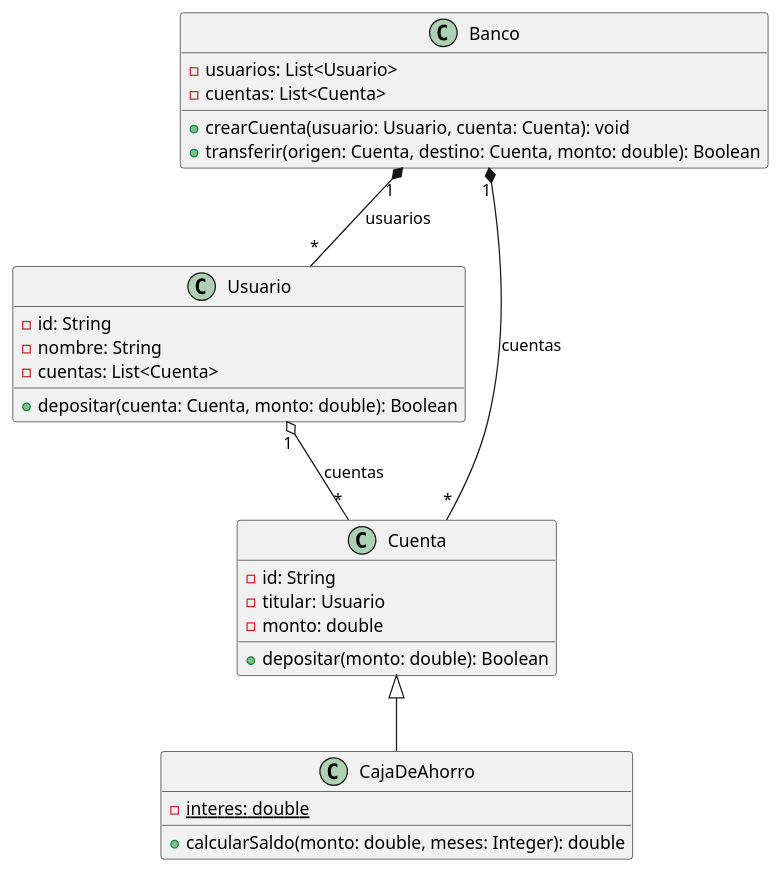
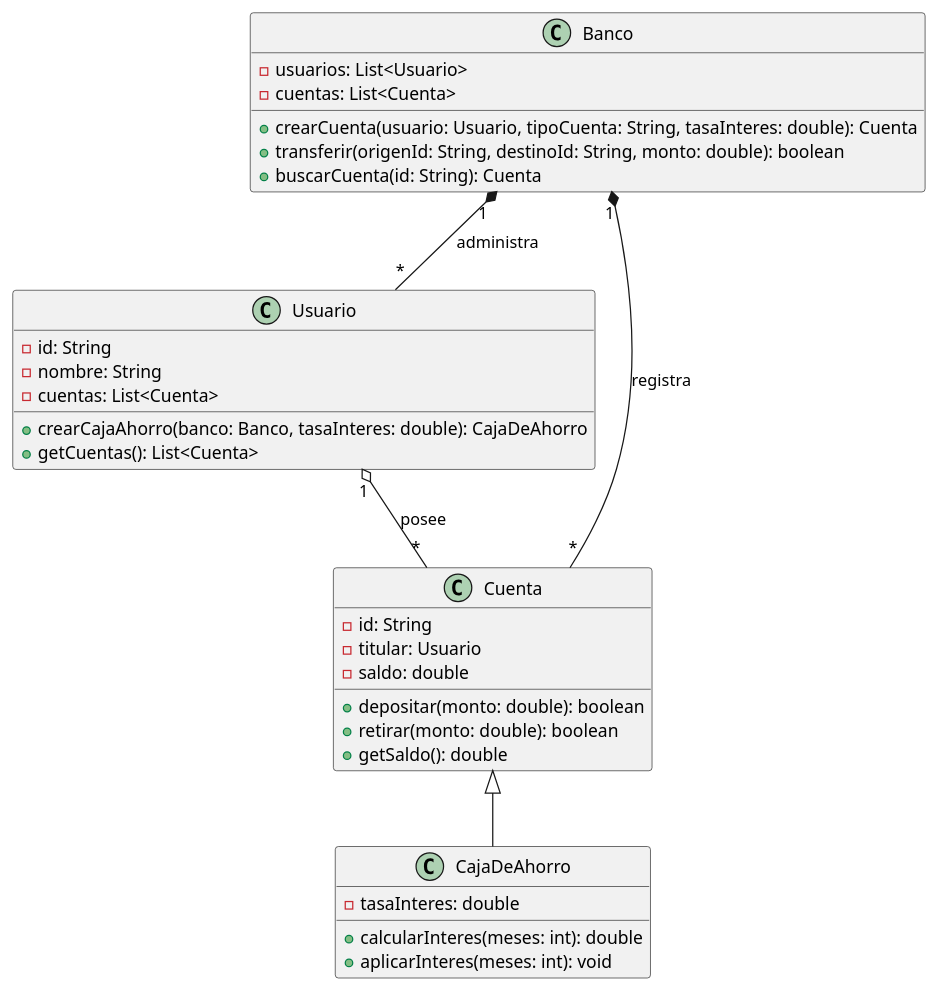
The diagram in ejercicios/guia1/banco/src/main/resources/banco.puml (PabloDiosquez/Algoritmos_III), drawn with PlantUML before and after one commit.

Commit message:
Actualizar banco.puml

```diff
--- a/ejercicios/guia1/banco/src/main/resources/banco.puml
+++ b/ejercicios/guia1/banco/src/main/resources/banco.puml
@@ -1,39 +1,43 @@
 @startuml
 
 class Banco {
--usuarios: List<Usuario>
--cuentas: List<Cuenta>
+    -usuarios: List<Usuario>
+    -cuentas: List<Cuenta>
 
-+crearCuenta(usuario: Usuario, cuenta: Cuenta): void
-+transferir(origen: Cuenta, destino: Cuenta, monto: double): Boolean
+    +crearCuenta(usuario: Usuario, tipoCuenta: String, tasaInteres: double): Cuenta
+    +transferir(origenId: String, destinoId: String, monto: double): boolean
+    +buscarCuenta(id: String): Cuenta
 }
 
 class Usuario {
--id: String
--nombre: String
--cuentas: List<Cuenta>
+    -id: String
+    -nombre: String
+    -cuentas: List<Cuenta>
 
-+depositar(cuenta: Cuenta, monto: double): Boolean
-
+    +crearCajaAhorro(banco: Banco, tasaInteres: double): CajaDeAhorro
+    +getCuentas(): List<Cuenta>
 }
 
 class Cuenta {
--id: String
--titular: Usuario
--monto: double
-
-+depositar(monto: double): Boolean
+    -id: String
+    -titular: Usuario
+    -saldo: double
+    
+    +depositar(monto: double): boolean
+    +retirar(monto: double): boolean
+    +getSaldo(): double
 }
 
 class CajaDeAhorro {
--{static} interes: double
+    -tasaInteres: double
 
-+calcularSaldo(monto: double, meses: Integer): double
+    +calcularInteres(meses: int): double
+    +aplicarInteres(meses: int): void
 }
 
-Banco "1" *-- "*" Usuario: usuarios
-Banco "1" *-- "*" Cuenta: cuentas
-Usuario "1" o-- "*" Cuenta: cuentas
+Banco "1" *-- "*" Usuario: administra
+Banco "1" *-- "*" Cuenta: registra
+Usuario "1" o-- "*" Cuenta: posee
 Cuenta <|-- CajaDeAhorro
 
 @enduml
```
